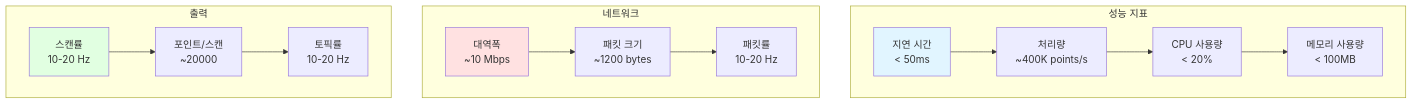
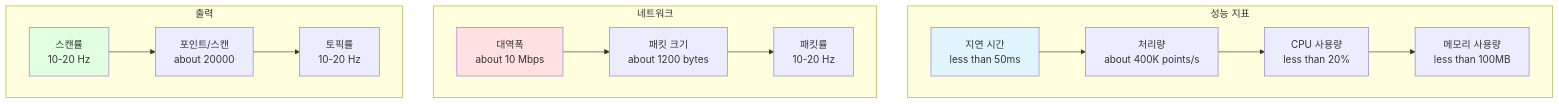
Before and after one commit to declue/Lslidar_ROS2_driver: the ninth of 14 diagrams in docs/analysis.md, drawn with Mermaid. The commit also changed other lines of this file and 3 other files, not shown here.

First line of the commit message:
fix: Mermaid 다이어그램 렌더링 오류 수정

````diff
--- a/docs/analysis.md
+++ b/docs/analysis.md
@@ -322,35 +322,35 @@
 ```mermaid
 graph TB
     subgraph "성능 지표"
-        LATENCY[지연 시간<br/>< 50ms]
-        THROUGHPUT[처리량<br/>~400K points/s]
-        CPU[CPU 사용량<br/>< 20%]
-        MEMORY[메모리 사용량<br/>< 100MB]
+        LATENCY[지연 시간<br/>less than 50ms]
+        THROUGHPUT[처리량<br/>about 400K points/s]
+        CPU[CPU 사용량<br/>less than 20%]
+        MEMORY[메모리 사용량<br/>less than 100MB]
     end
 
     subgraph "네트워크"
-        BANDWIDTH[대역폭<br/>~10 Mbps]
-        PACKET_SIZE[패킷 크기<br/>~1200 bytes]
+        BANDWIDTH[대역폭<br/>about 10 Mbps]
+        PACKET_SIZE[패킷 크기<br/>about 1200 bytes]
         PACKET_RATE[패킷률<br/>10-20 Hz]
     end
 
     subgraph "출력"
         SCAN_RATE[스캔률<br/>10-20 Hz]
-        POINTS_PER_SCAN[포인트/스캔<br/>~20000]
+        POINTS_PER_SCAN[포인트/스캔<br/>about 20000]
         TOPIC_RATE[토픽률<br/>10-20 Hz]
     end
 
     LATENCY --> THROUGHPUT
     THROUGHPUT --> CPU
     CPU --> MEMORY
 
     BANDWIDTH --> PACKET_SIZE
     PACKET_SIZE --> PACKET_RATE
 
     SCAN_RATE --> POINTS_PER_SCAN
     POINTS_PER_SCAN --> TOPIC_RATE
 
     style LATENCY fill:#e1f5ff
     style BANDWIDTH fill:#ffe1e1
     style SCAN_RATE fill:#e1ffe1
 ```
````
